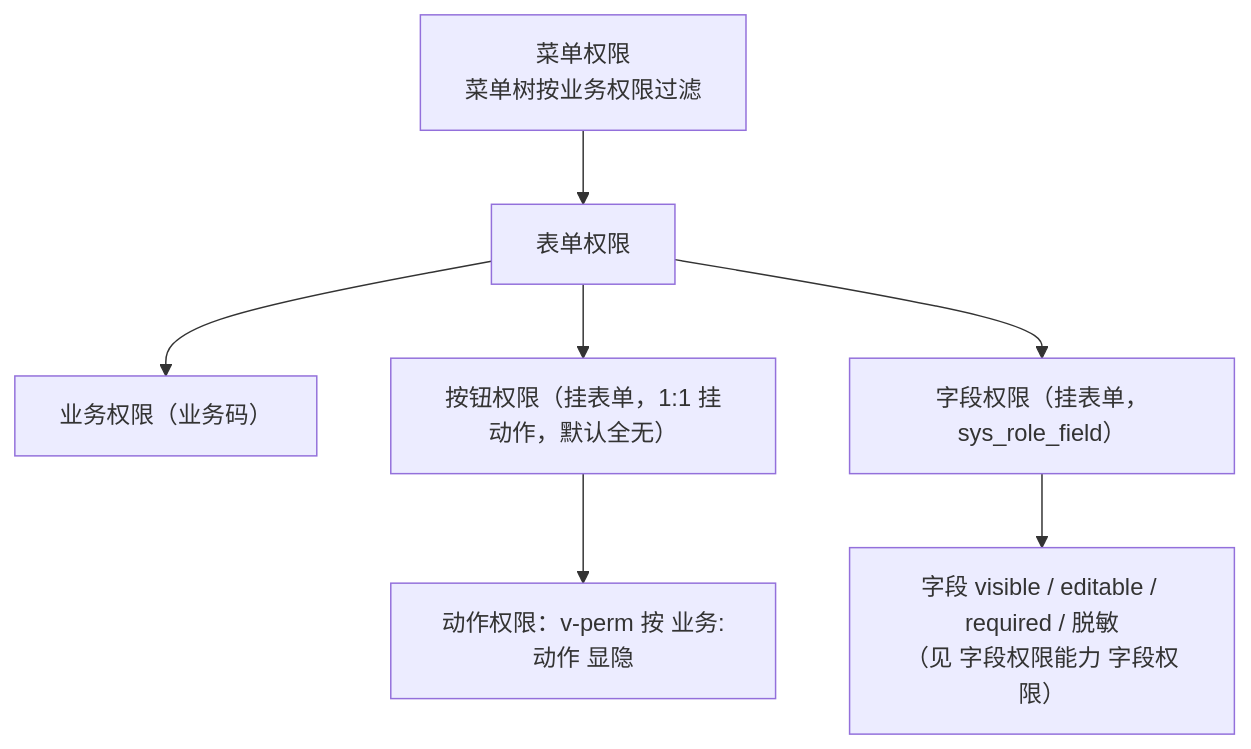
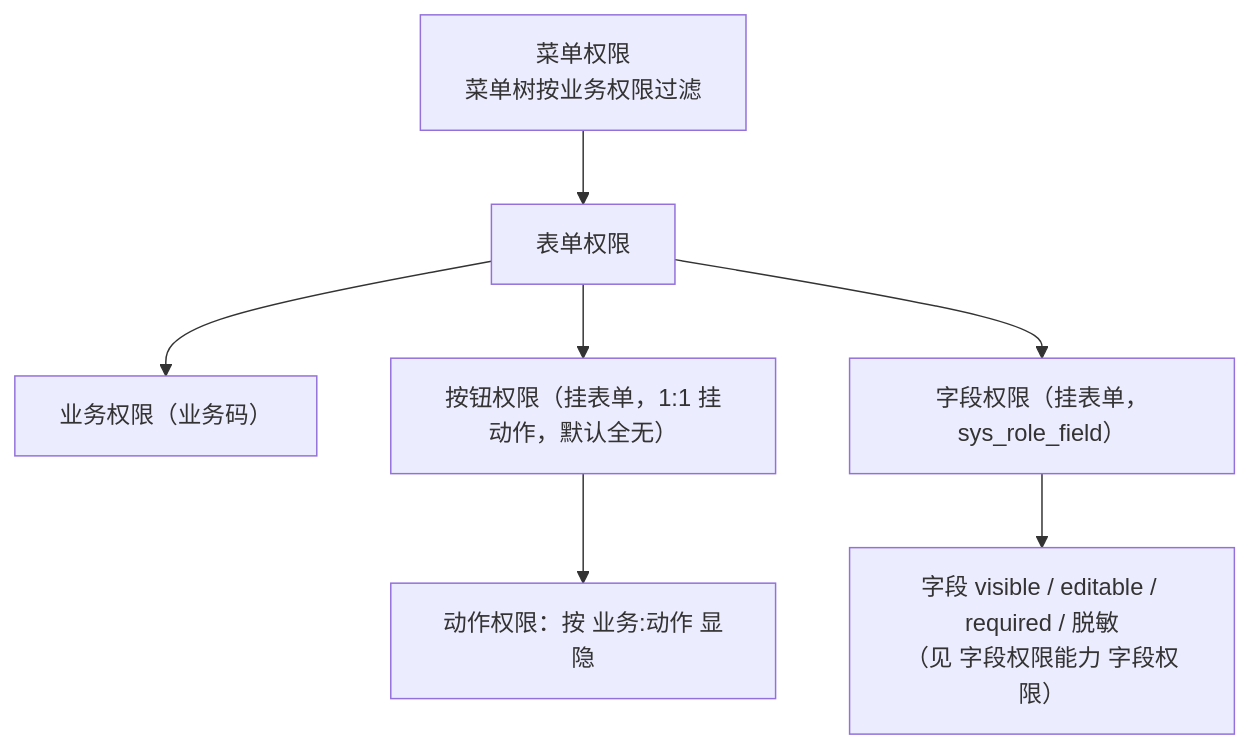
Before and after one commit to minjian123/basic-management-system: the diagram in bms文档/设计/组件设计/09_基础类/02_组件设计_权限指令/02_组件设计_权限指令.md, drawn with Mermaid. The commit also changed other lines of this file and 238 other files, not shown here.

````diff
--- a/bms文档/设计/组件设计/09_基础类/02_组件设计_权限指令/02_组件设计_权限指令.md
+++ b/bms文档/设计/组件设计/09_基础类/02_组件设计_权限指令/02_组件设计_权限指令.md
@@ -37,9 +37,9 @@
 ```mermaid
 graph TD
     MENU["菜单权限<br/>菜单树按业务权限过滤"] --> FORM["表单权限"]
     FORM --> BIZ["业务权限（业务码）"]
     FORM --> BTN["按钮权限（挂表单，1:1 挂动作，默认全无）"]
     FORM --> FIELD["字段权限（挂表单，sys_role_field）"]
-    BTN --> ACT["动作权限：v-perm 按 业务:动作 显隐"]
+    BTN --> ACT["动作权限：按 业务:动作 显隐"]
     FIELD --> FE["字段 visible / editable / required / 脱敏<br/>（见 字段权限能力 字段权限）"]
 ```
````
